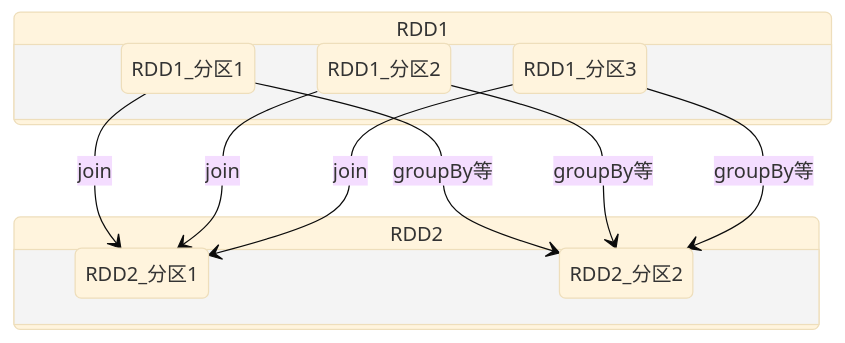
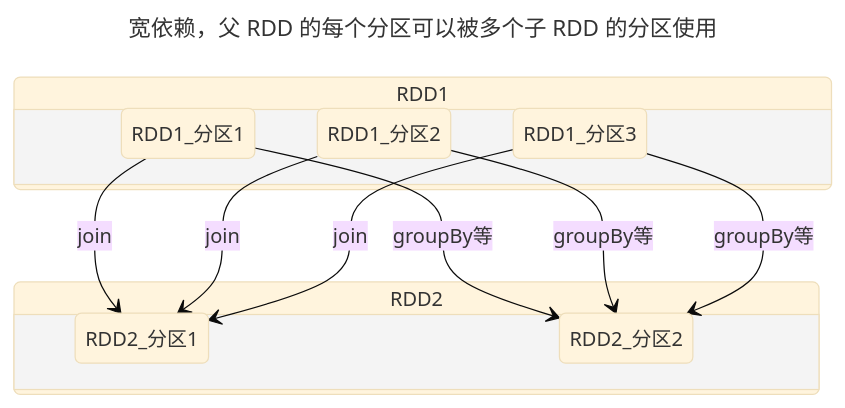
One commit to 0xcaffebabe/note changed diagram 11 of 17 in doc/数据技术/数据处理.md. Above: the diagram before and after it, drawn with Mermaid (base theme). The commit also changed other lines of this file, not shown here.

````diff
--- a/doc/数据技术/数据处理.md
+++ b/doc/数据技术/数据处理.md
@@ -368,19 +373,22 @@
 ```mermaid
+---
+title: 宽依赖，父 RDD 的每个分区可以被多个子 RDD 的分区使用
+---
 stateDiagram-v2
   state RDD1 {
     RDD1_分区1
     RDD1_分区2
     RDD1_分区3
   }
   state RDD2 {
     RDD2_分区1
     RDD2_分区2
   }
   RDD1_分区1 --> RDD2_分区1: join
   RDD1_分区2 --> RDD2_分区1: join
   RDD1_分区3 --> RDD2_分区1: join
   RDD1_分区1 --> RDD2_分区2: groupBy等
   RDD1_分区2 --> RDD2_分区2: groupBy等
   RDD1_分区3 --> RDD2_分区2: groupBy等
 
 ```
````
